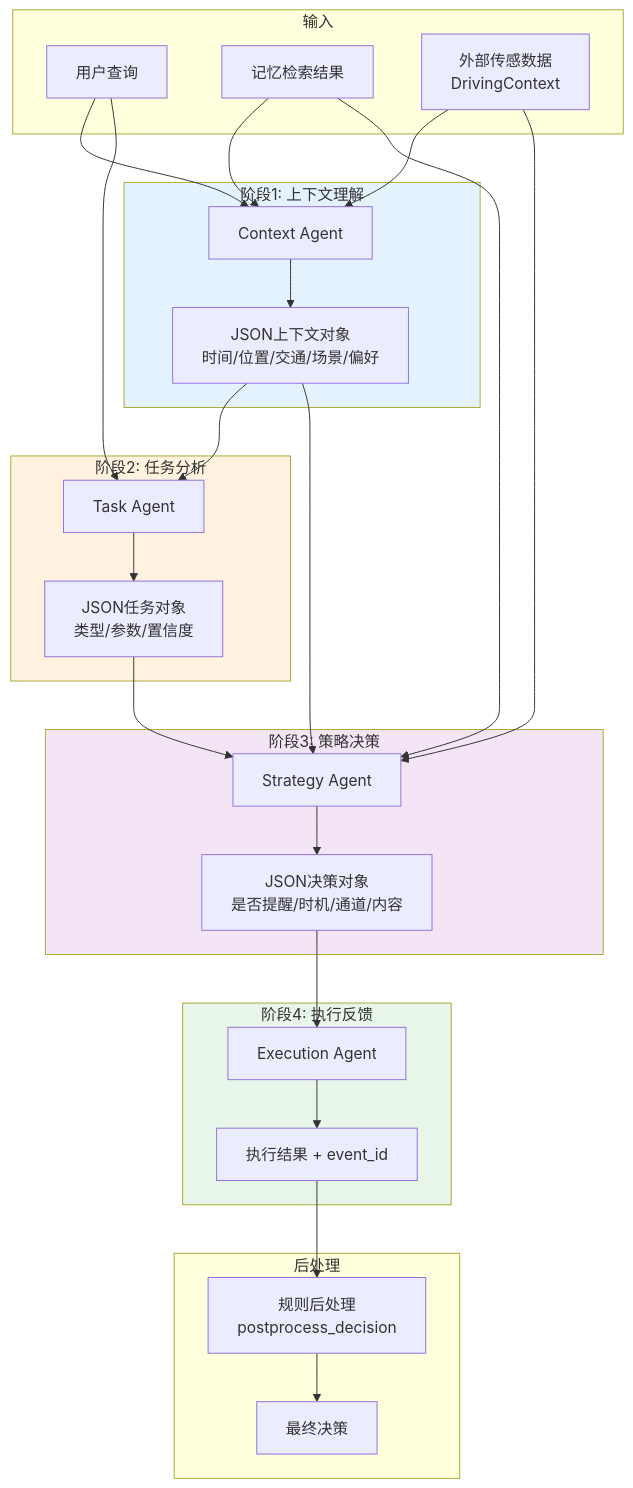
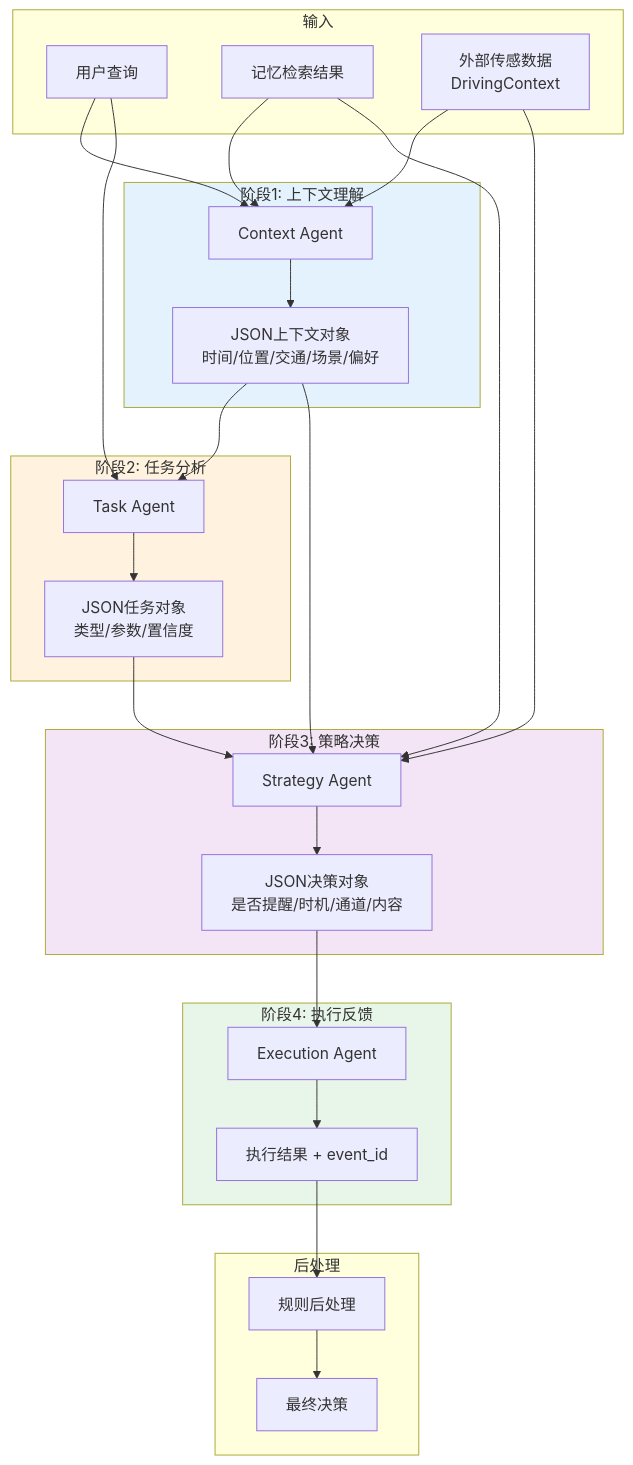
The fourth of 4 diagrams in archive/初稿-20260511.md (MiyakoMeow/DrivePal), drawn with Mermaid before and after one commit. The commit also changed other lines of this file, not shown here.

````diff
--- a/archive/初稿-20260511.md
+++ b/archive/初稿-20260511.md
@@ -327,50 +320,50 @@
 ```mermaid
 graph TB
     subgraph 输入
         U[用户查询]
         M[记忆检索结果]
         S[外部传感数据<br/>DrivingContext]
     end
 
     subgraph Stage1["阶段1: 上下文理解"]
         C1["Context Agent"]
         C1 --> O1["JSON上下文对象<br/>时间/位置/交通/场景/偏好"]
     end
 
     subgraph Stage2["阶段2: 任务分析"]
         T1["Task Agent"]
         T1 --> O2["JSON任务对象<br/>类型/参数/置信度"]
     end
 
     subgraph Stage3["阶段3: 策略决策"]
         ST1["Strategy Agent"]
         ST1 --> O3["JSON决策对象<br/>是否提醒/时机/通道/内容"]
     end
 
     subgraph Stage4["阶段4: 执行反馈"]
         E1["Execution Agent"]
         E1 --> O4["执行结果 + event_id"]
     end
 
     subgraph 后处理
-        P1["规则后处理<br/>postprocess_decision"]
+        P1["规则后处理"]
         P1 --> F["最终决策"]
     end
 
     U --> C1
     M --> C1
     S --> C1
     O1 --> T1
     U --> T1
     O2 --> ST1
     S --> ST1
     O1 --> ST1
     M --> ST1
     O3 --> E1
     O4 --> P1
 
     style Stage1 fill:#e3f2fd
     style Stage2 fill:#fff3e0
     style Stage3 fill:#f3e5f5
     style Stage4 fill:#e8f5e9
 ```
````
